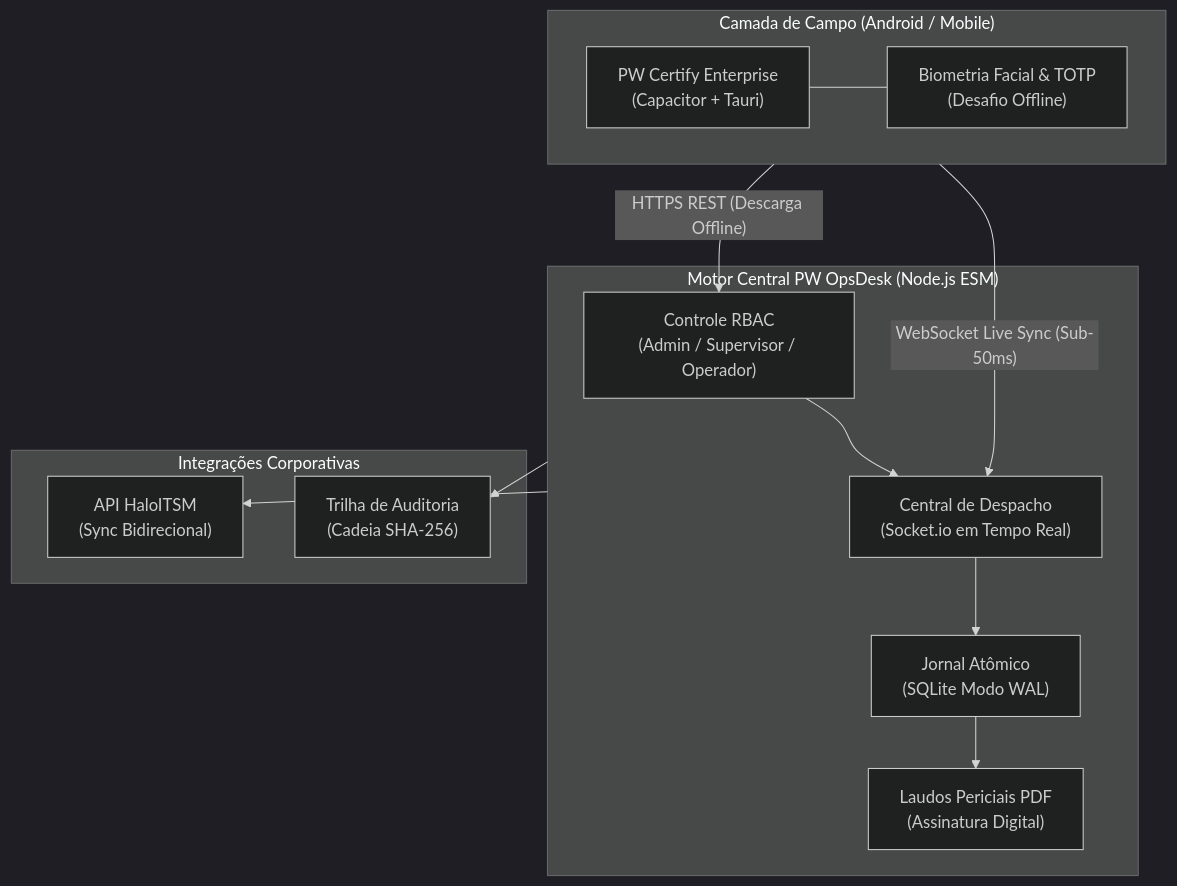
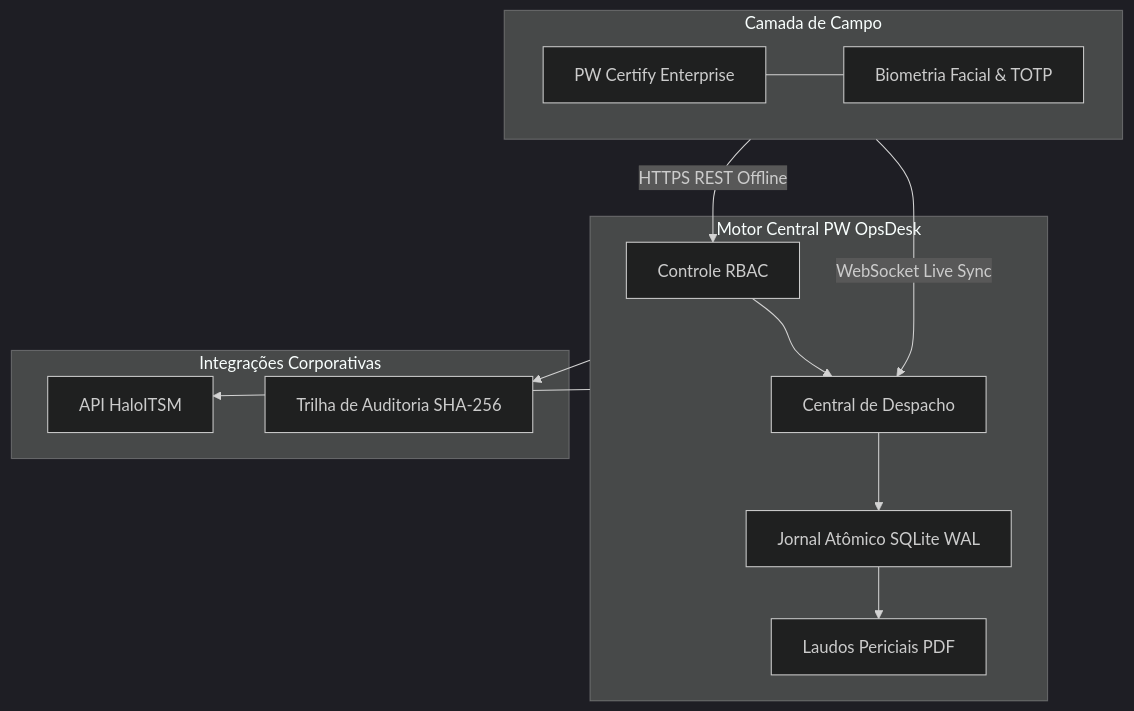
One commit to welzim19-star/pw-opsdesk-showcase changed the diagram in README.pt-BR.md. Above: the diagram before and after it, drawn with Mermaid (dark theme). The commit also changed 1 other file, not shown here.

Commit message:
fix(diagram): streamline Mermaid node labels to eliminate clipping

````diff
--- a/README.pt-BR.md
+++ b/README.pt-BR.md
@@ -23,29 +23,29 @@
 ```mermaid
 flowchart TD
-    subgraph FIELD_CLIENTS["Camada de Campo (Android / Mobile)"]
-        Inspector["PW Certify Enterprise<br/>(Capacitor + Tauri)"]
-        Biometrics["Biometria Facial & TOTP<br/>(Desafio Offline)"]
+    subgraph FIELD_CLIENTS["Camada de Campo"]
+        Inspector["PW Certify Enterprise"]
+        Biometrics["Biometria Facial & TOTP"]
         Inspector --- Biometrics
     end
 
-    subgraph CORE_SERVER["Motor Central PW OpsDesk (Node.js ESM)"]
-        Auth["Controle RBAC<br/>(Admin / Supervisor / Operador)"]
-        SocketHub["Central de Despacho<br/>(Socket.io em Tempo Real)"]
-        Storage["Jornal Atômico<br/>(SQLite Modo WAL)"]
-        PDF["Laudos Periciais PDF<br/>(Assinatura Digital)"]
+    subgraph CORE_SERVER["Motor Central PW OpsDesk"]
+        Auth["Controle RBAC"]
+        SocketHub["Central de Despacho"]
+        Storage["Jornal Atômico SQLite WAL"]
+        PDF["Laudos Periciais PDF"]
         
         Auth --> SocketHub
         SocketHub --> Storage
         Storage --> PDF
     end
 
     subgraph EXTERNAL["Integrações Corporativas"]
-        HaloITSM["API HaloITSM<br/>(Sync Bidirecional)"]
-        AuditStream["Trilha de Auditoria<br/>(Cadeia SHA-256)"]
+        HaloITSM["API HaloITSM"]
+        AuditStream["Trilha de Auditoria SHA-256"]
     end
 
-    FIELD_CLIENTS -- "WebSocket Live Sync (Sub-50ms)" --> SocketHub
-    FIELD_CLIENTS -- "HTTPS REST (Descarga Offline)" --> Auth
+    FIELD_CLIENTS -- "WebSocket Live Sync" --> SocketHub
+    FIELD_CLIENTS -- "HTTPS REST Offline" --> Auth
     CORE_SERVER --> HaloITSM
     CORE_SERVER --> AuditStream
 ```
````
